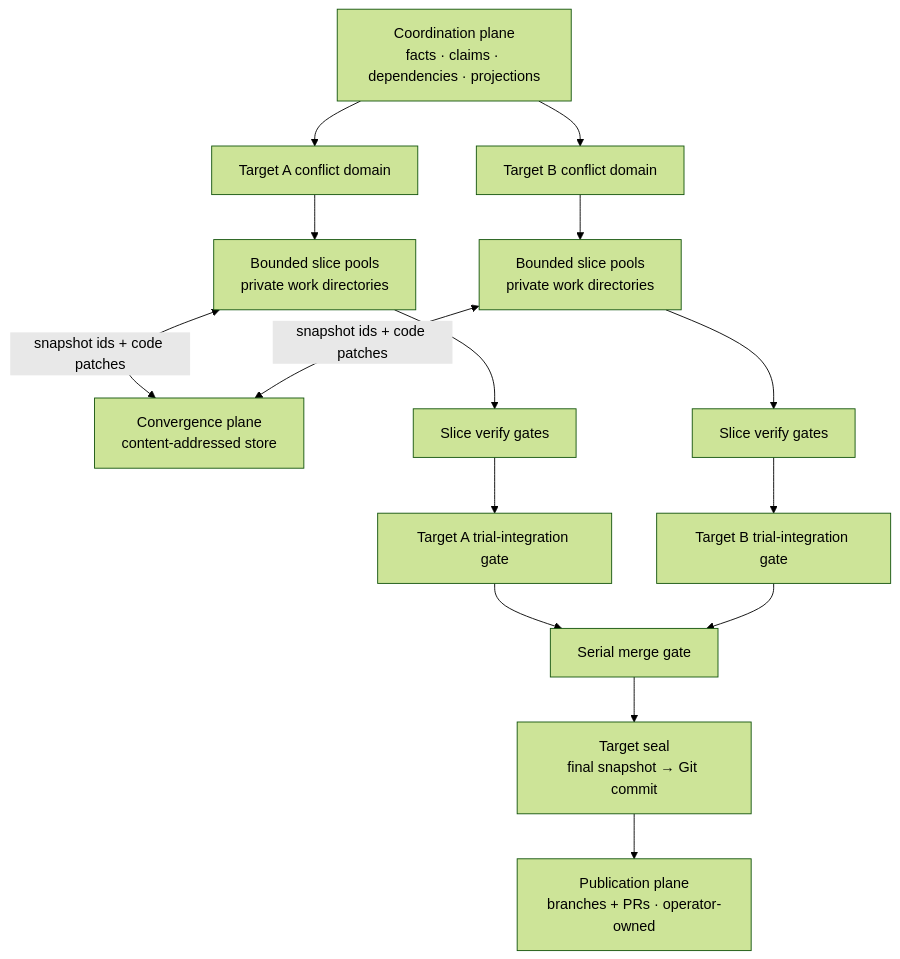
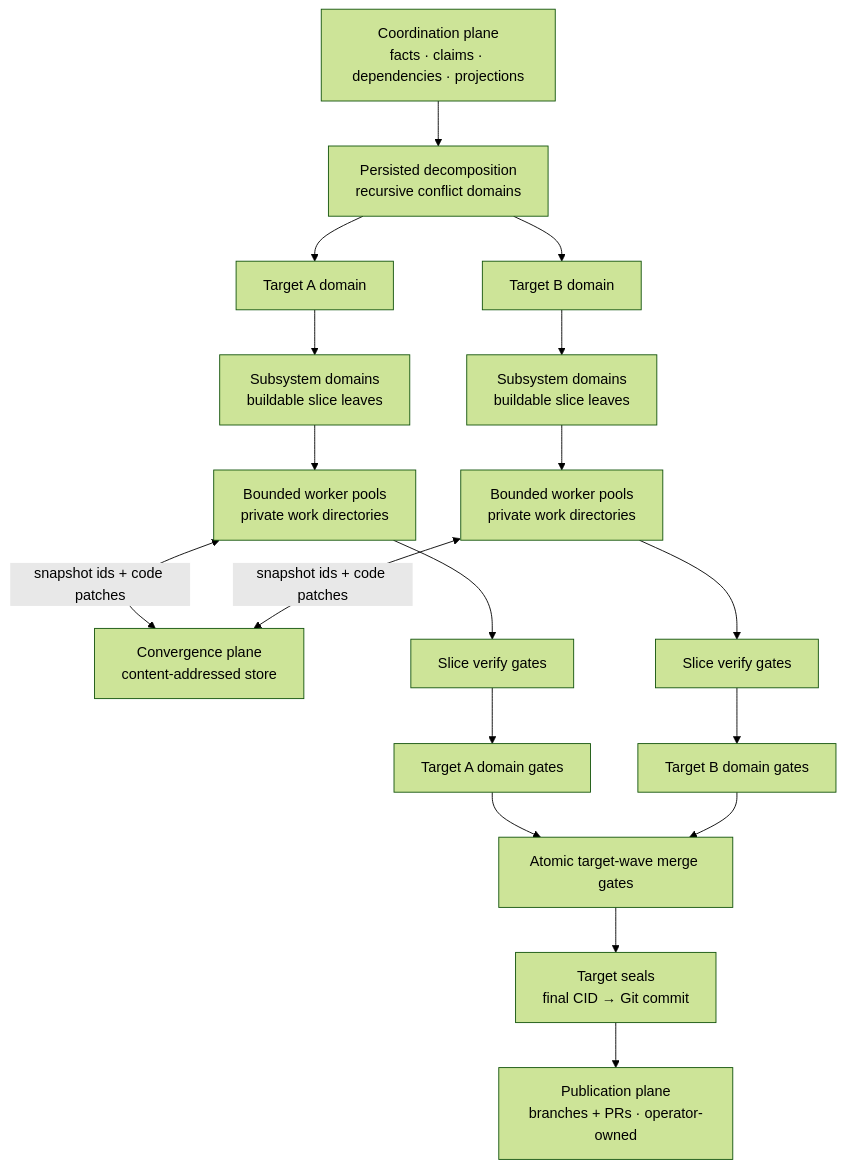
One commit to augentic/anvil changed the diagram in rfcs/platform.md. Above: the diagram before and after it, drawn with Mermaid (forest theme). The commit also changed other lines of this file and 6 other files, not shown here.

````diff
--- a/rfcs/platform.md
+++ b/rfcs/platform.md
@@ -41,22 +84,25 @@
 ```mermaid
 flowchart TB
     C["Coordination plane<br/>facts · claims · dependencies · projections"]
-    C --> PA["Target A conflict domain"]
-    C --> PB["Target B conflict domain"]
+    C --> R["Persisted decomposition<br/>recursive conflict domains"]
+    R --> PA["Target A domain"]
+    R --> PB["Target B domain"]
 
-    PA --> WA["Bounded slice pools<br/>private work directories"]
-    PB --> WB["Bounded slice pools<br/>private work directories"]
+    PA --> DA["Subsystem domains<br/>buildable slice leaves"]
+    PB --> DB["Subsystem domains<br/>buildable slice leaves"]
+    DA --> WA["Bounded worker pools<br/>private work directories"]
+    DB --> WB["Bounded worker pools<br/>private work directories"]
 
     WA <-->|snapshot ids + code patches| V["Convergence plane<br/>content-addressed store"]
     WB <-->|snapshot ids + code patches| V
 
     WA --> VA["Slice verify gates"]
     WB --> VB["Slice verify gates"]
-    VA --> TA["Target A trial-integration gate"]
-    VB --> TB["Target B trial-integration gate"]
+    VA --> TA["Target A domain gates"]
+    VB --> TB["Target B domain gates"]
 
-    TA --> M["Serial merge gate"]
+    TA --> M["Atomic target-wave merge gates"]
     TB --> M
-    M --> S["Target seal<br/>final snapshot → Git commit"]
+    M --> S["Target seals<br/>final CID → Git commit"]
     S --> P["Publication plane<br/>branches + PRs · operator-owned"]
 ```
````
